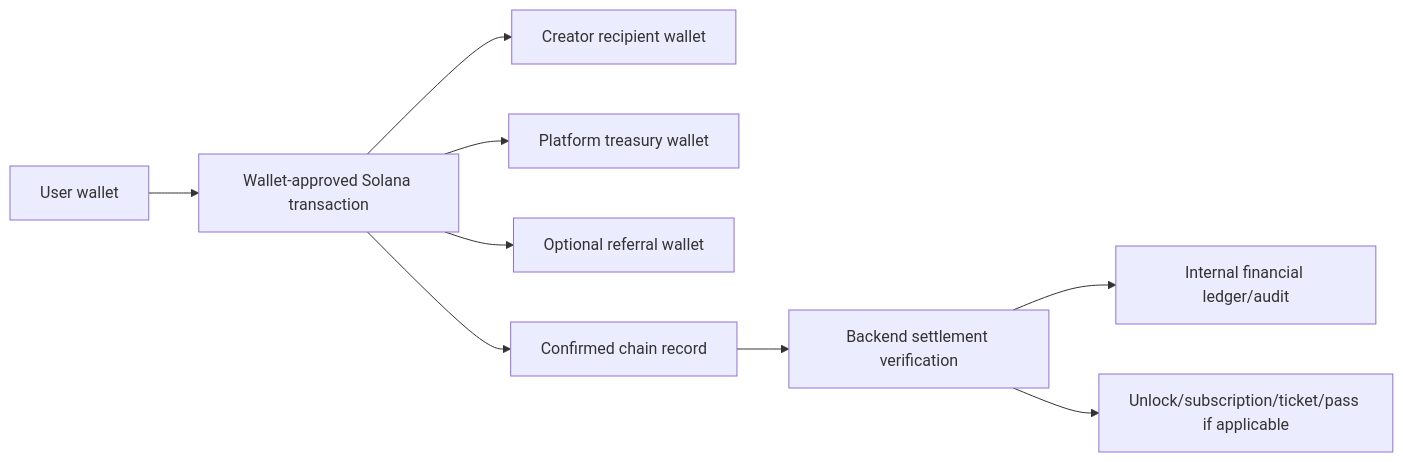
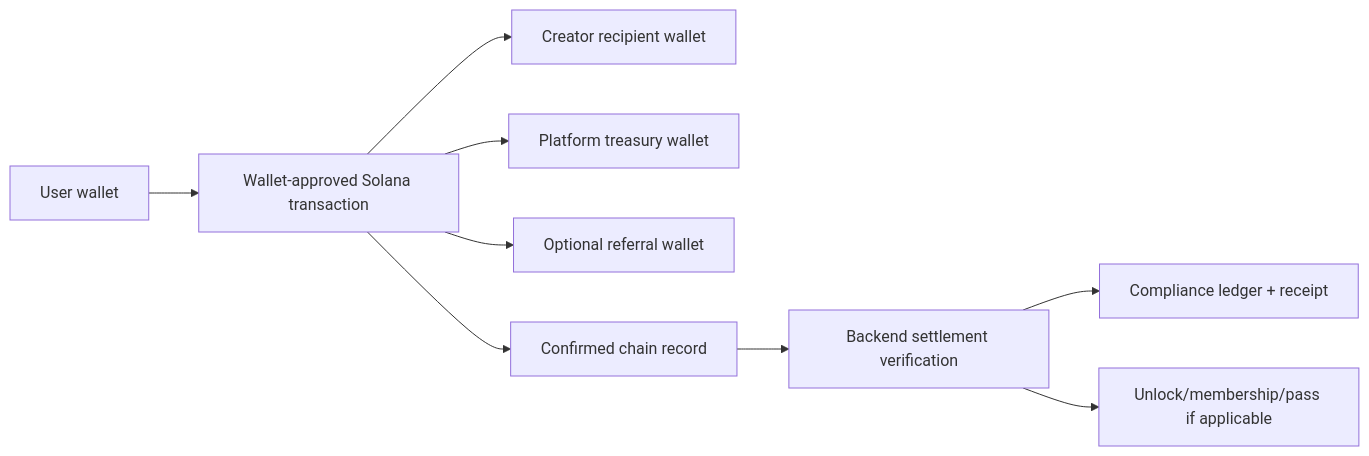
One commit to mariospeterman/VEEL-v2 changed the first of 3 diagrams in docs/v2-new-build/business-monetisation.md. Above: the diagram before and after it, drawn with Mermaid. The commit also changed other lines of this file and 23 other files, not shown here.

````diff
--- a/docs/v2-new-build/business-monetisation.md
+++ b/docs/v2-new-build/business-monetisation.md
@@ -49,11 +49,11 @@
 ```mermaid
 flowchart LR
   User["User wallet"] --> Tx["Wallet-approved Solana transaction"]
   Tx --> Creator["Creator recipient wallet"]
   Tx --> Platform["Platform treasury wallet"]
   Tx --> Referral["Optional referral wallet"]
   Tx --> Chain["Confirmed chain record"]
   Chain --> API["Backend settlement verification"]
-  API --> Ledger["Internal financial ledger/audit"]
-  API --> Entitlement["Unlock/subscription/ticket/pass if applicable"]
+  API --> Ledger["Compliance ledger + receipt"]
+  API --> Entitlement["Unlock/membership/pass if applicable"]
 ```
````
